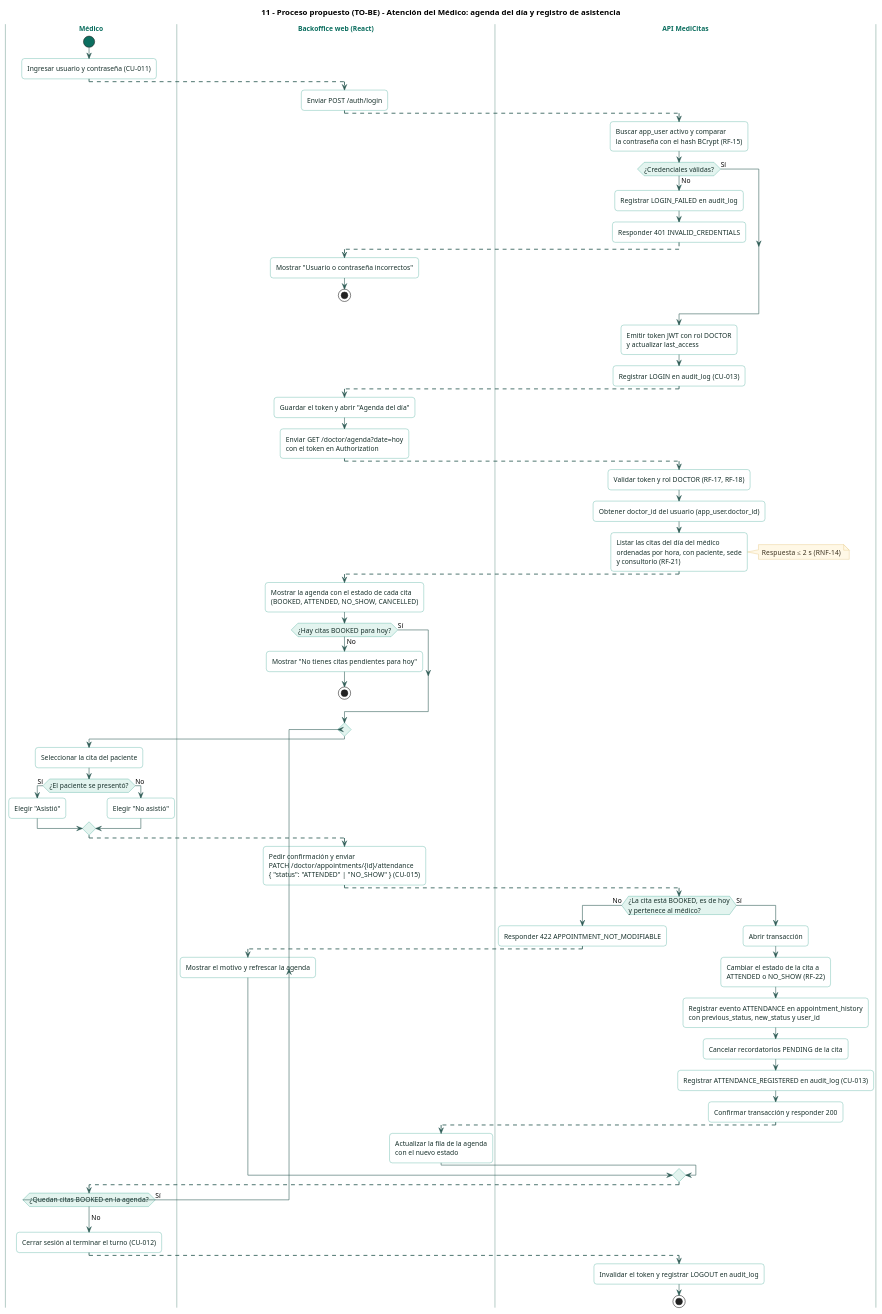
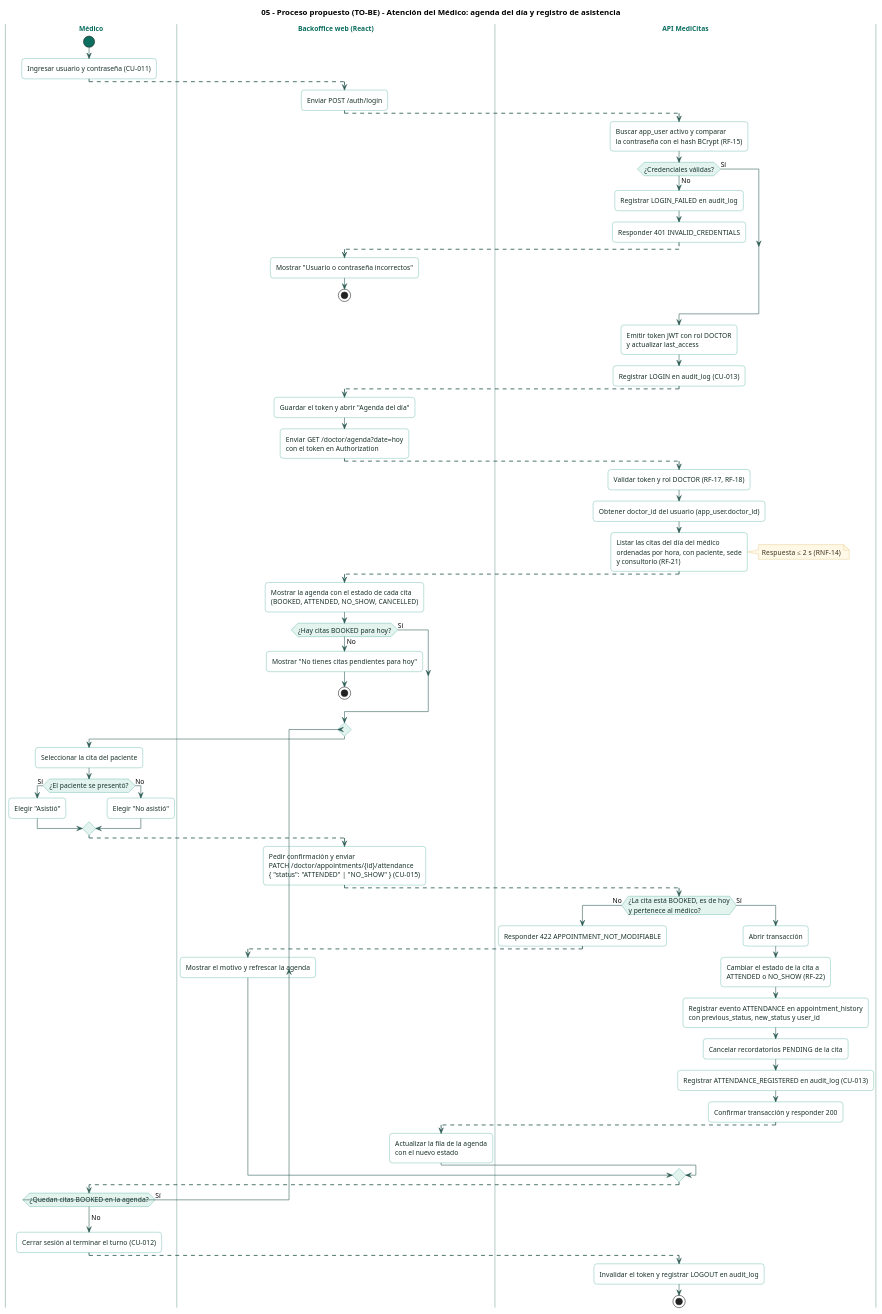
One commit to Jimena-CC/ProyectoCitasMedicas changed the diagram in docs/diagrams/processes/proposed/05-process-doctor-attendance.puml. Above: the diagram before and after it, drawn with PlantUML. The commit also changed 11 other files, not shown here.

Commit message:
docs(diagramas): quitar numeración de los títulos de los diagramas

```diff
--- a/docs/diagrams/processes/proposed/05-process-doctor-attendance.puml
+++ b/docs/diagrams/processes/proposed/05-process-doctor-attendance.puml
@@ -1,118 +1,118 @@
 @startuml
-title 11 - Proceso propuesto (TO-BE) - Atención del Médico: agenda del día y registro de asistencia
+title 05 - Proceso propuesto (TO-BE) - Atención del Médico: agenda del día y registro de asistencia
 
 skinparam shadowing false
 skinparam roundCorner 10
 skinparam defaultFontName "Helvetica"
 skinparam defaultFontSize 12
 skinparam ArrowColor #2F5D56
 skinparam SwimlaneBorderColor #A9C4BD
 skinparam SwimlaneTitleFontColor #0C6E5F
 skinparam SwimlaneTitleFontStyle bold
 skinparam activity {
   BackgroundColor #FFFFFF
   BorderColor #13917D
   FontColor #17302B
   DiamondBackgroundColor #E3F4EF
   DiamondBorderColor #13917D
   StartColor #0C6E5F
   EndColor #0C6E5F
 }
 skinparam note {
   BackgroundColor #FFF8E6
   BorderColor #D9B45A
   FontColor #3D3321
 }
 
 ' Orden de los carriles
 |Médico|
 |Backoffice web (React)|
 |API MediCitas|
 
 |Médico|
 start
 :Ingresar usuario y contraseña (CU-011);
 -[#2F5D56,dashed]->
 
 |Backoffice web (React)|
 :Enviar POST /auth/login;
 -[#2F5D56,dashed]->
 
 |API MediCitas|
 :Buscar app_user activo y comparar\nla contraseña con el hash BCrypt (RF-15);
 if (¿Credenciales válidas?) then (No)
   :Registrar LOGIN_FAILED en audit_log;
   :Responder 401 INVALID_CREDENTIALS;
   -[#2F5D56,dashed]->
   |Backoffice web (React)|
   :Mostrar "Usuario o contraseña incorrectos";
   stop
 else (Sí)
 endif
 |API MediCitas|
 :Emitir token JWT con rol DOCTOR\ny actualizar last_access;
 :Registrar LOGIN en audit_log (CU-013);
 -[#2F5D56,dashed]->
 
 |Backoffice web (React)|
 :Guardar el token y abrir "Agenda del día";
 :Enviar GET /doctor/agenda?date=hoy\ncon el token en Authorization;
 -[#2F5D56,dashed]->
 
 |API MediCitas|
 :Validar token y rol DOCTOR (RF-17, RF-18);
 :Obtener doctor_id del usuario (app_user.doctor_id);
 :Listar las citas del día del médico\nordenadas por hora, con paciente, sede\ny consultorio (RF-21);
 note right: Respuesta ≤ 2 s (RNF-14)
 -[#2F5D56,dashed]->
 
 |Backoffice web (React)|
 :Mostrar la agenda con el estado de cada cita\n(BOOKED, ATTENDED, NO_SHOW, CANCELLED);
 if (¿Hay citas BOOKED para hoy?) then (No)
   :Mostrar "No tienes citas pendientes para hoy";
   stop
 else (Sí)
 endif
 
 repeat
   |Médico|
   :Seleccionar la cita del paciente;
   if (¿El paciente se presentó?) then (Sí)
     :Elegir "Asistió";
   else (No)
     :Elegir "No asistió";
   endif
   -[#2F5D56,dashed]->
   |Backoffice web (React)|
   :Pedir confirmación y enviar\nPATCH /doctor/appointments/{id}/attendance\n{ "status": "ATTENDED" | "NO_SHOW" } (CU-015);
   -[#2F5D56,dashed]->
   |API MediCitas|
   if (¿La cita está BOOKED, es de hoy\ny pertenece al médico?) then (No)
     :Responder 422 APPOINTMENT_NOT_MODIFIABLE;
     -[#2F5D56,dashed]->
     |Backoffice web (React)|
     :Mostrar el motivo y refrescar la agenda;
   else (Sí)
     |API MediCitas|
     :Abrir transacción;
     :Cambiar el estado de la cita a\nATTENDED o NO_SHOW (RF-22);
     :Registrar evento ATTENDANCE en appointment_history\ncon previous_status, new_status y user_id;
     :Cancelar recordatorios PENDING de la cita;
     :Registrar ATTENDANCE_REGISTERED en audit_log (CU-013);
     :Confirmar transacción y responder 200;
     -[#2F5D56,dashed]->
     |Backoffice web (React)|
     :Actualizar la fila de la agenda\ncon el nuevo estado;
   endif
   -[#2F5D56,dashed]->
   |Médico|
 repeat while (¿Quedan citas BOOKED en la agenda?) is (Sí)
 ->No;
 
 :Cerrar sesión al terminar el turno (CU-012);
 -[#2F5D56,dashed]->
 |API MediCitas|
 :Invalidar el token y registrar LOGOUT en audit_log;
 stop
 
 @enduml
```
